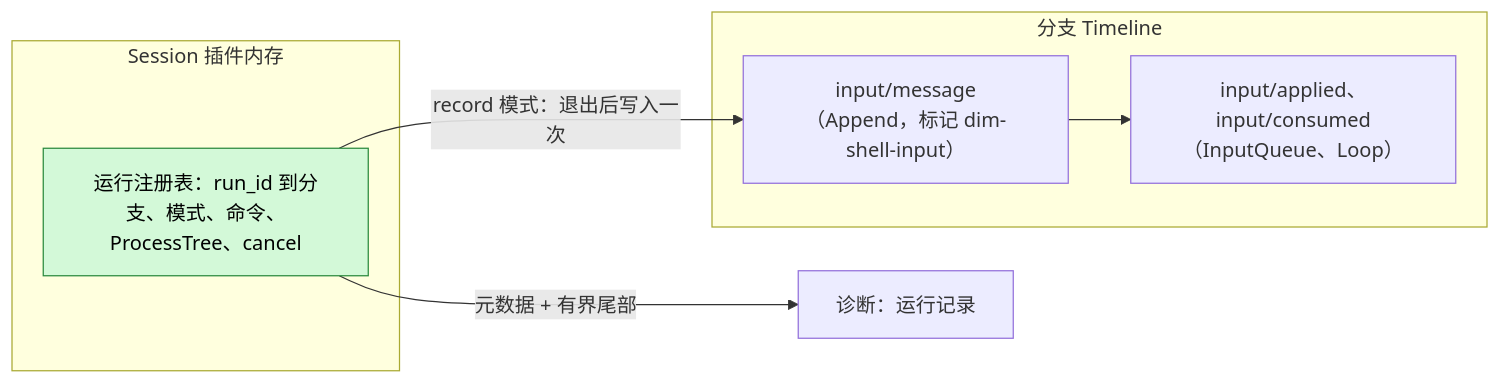
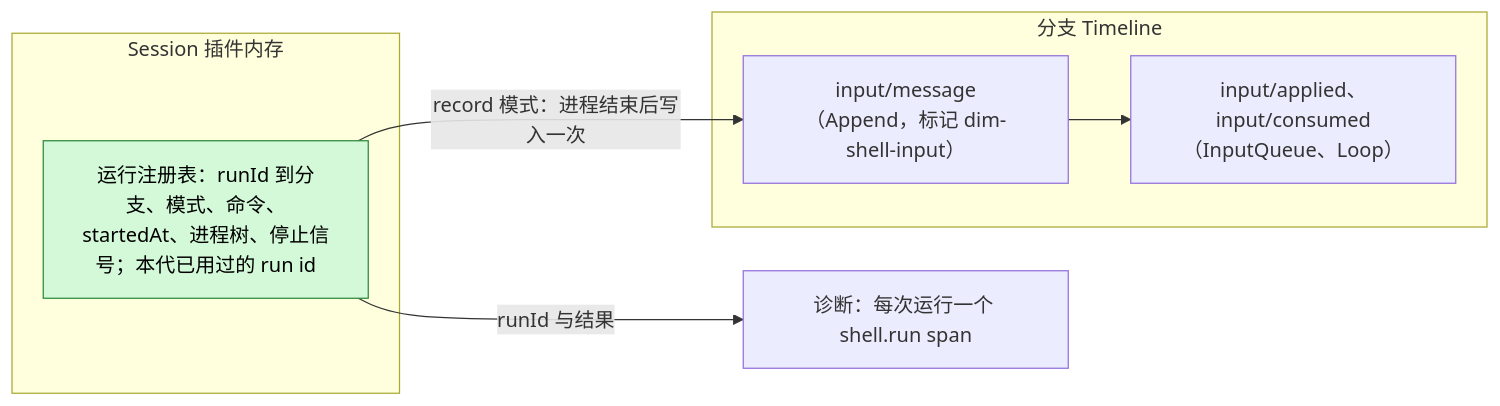
One commit to CoutinhoTTS/dim-agent changed the second of 3 diagrams in docs/zh/design/plugins/ShellInput.md. Above: the diagram before and after it, drawn with Mermaid. The commit also changed other lines of this file, not shown here.

````diff
--- a/docs/zh/design/plugins/ShellInput.md
+++ b/docs/zh/design/plugins/ShellInput.md
@@ -45,15 +50,15 @@
 ```mermaid
 flowchart LR
   subgraph MEM["Session 插件内存"]
-    RR["运行注册表：run_id 到分支、模式、命令、ProcessTree、cancel"]:::new
+    RR["运行注册表：runId 到分支、模式、命令、startedAt、进程树、停止信号；本代已用过的 run id"]:::new
   end
   subgraph TL["分支 Timeline"]
     IM["input/message（Append，标记 dim-shell-input）"]
     IA["input/applied、input/consumed（InputQueue、Loop）"]
   end
-  DG["诊断：运行记录"]
-  RR -- "record 模式：退出后写入一次" --> IM
+  DG["诊断：每次运行一个 shell.run span"]
+  RR -- "record 模式：进程结束后写入一次" --> IM
   IM --> IA
-  RR -- "元数据 + 有界尾部" --> DG
+  RR -- "runId 与结果" --> DG
   classDef new fill:#d3f9d8,stroke:#2b8a3e,color:#000
 ```
````
